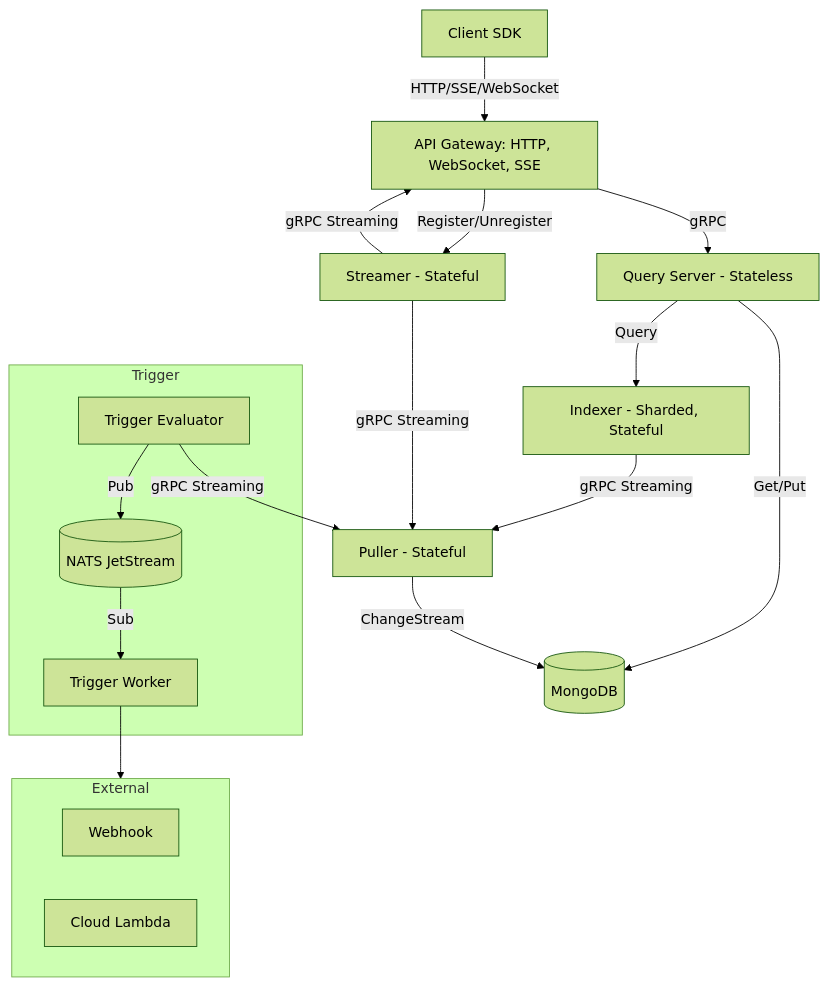
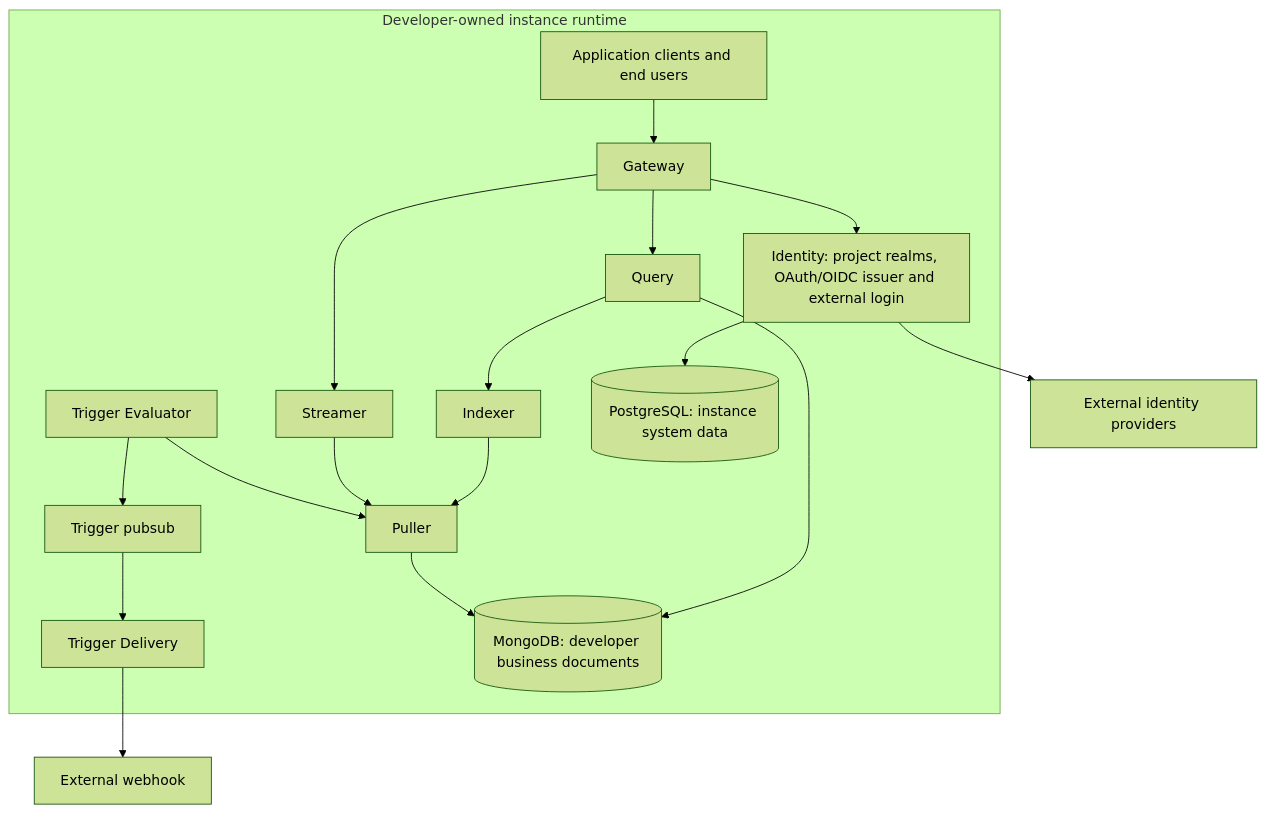
Before and after one commit to codetreker/syntrix: the diagram in docs/design/server/01.architecture.md, drawn with Mermaid (forest theme). The commit also changed other lines of this file and 53 other files, not shown here.

First line of the commit message:
docs: define platform architecture boundaries (#170)

````diff
--- a/docs/design/server/01.architecture.md
+++ b/docs/design/server/01.architecture.md
@@ -16,36 +31,33 @@
 ```mermaid
-graph TB
-    Client[Client SDK]
-    Gateway[API Gateway: HTTP, WebSocket, SSE]
-    QueryServer[Query Server - Stateless]
-    Indexer[Indexer - Sharded, Stateful]
-    Streamer[Streamer - Stateful]
-    Puller[Puller - Stateful]
-    MongoDB[(MongoDB)]
-
-    Client --> |HTTP/SSE/WebSocket| Gateway
-    Gateway --> |gRPC| QueryServer
-    QueryServer --> |Get/Put| MongoDB
-    QueryServer --> |Query| Indexer
-    Indexer --> |gRPC Streaming| Puller
-    Gateway --> |Register/Unregister| Streamer
-    Streamer --> |gRPC Streaming| Gateway
-    Streamer --> |gRPC Streaming| Puller
-    Puller --> |ChangeStream| MongoDB
-
-    TriggerEval --> |gRPC Streaming| Puller
-    TriggerEval --> |Pub| NATS
-    NATS --> |Sub| TriggerWorker
-    TriggerWorker --> External
-
-    subgraph Trigger
-        NATS[(NATS JetStream)]
-        TriggerEval[Trigger Evaluator]
-        TriggerWorker[Trigger Worker]
+flowchart TB
+    App[Application clients and end users]
+    ExternalIdP[External identity providers]
+    subgraph Instance[Developer-owned instance runtime]
+        Gateway[Gateway]
+        Identity[Identity: project realms, OAuth/OIDC issuer and external login]
+        Query[Query]
+        Indexer[Indexer]
+        Puller[Puller]
+        Streamer[Streamer]
+        Evaluator[Trigger Evaluator]
+        Delivery[Trigger Delivery]
+        Mongo[(MongoDB: developer business documents)]
+        Postgres[(PostgreSQL: instance system data)]
+        PubSub[Trigger pubsub]
+        App --> Gateway
+        Gateway --> Identity
+        Gateway --> Query
+        Gateway --> Streamer
+        Identity --> Postgres
+        Query --> Mongo
+        Query --> Indexer
+        Puller --> Mongo
+        Indexer --> Puller
+        Streamer --> Puller
+        Evaluator --> Puller
+        Evaluator --> PubSub
+        PubSub --> Delivery
     end
-
-    subgraph External
-        Webhook[Webhook]
-        Lambda[Cloud Lambda]
-    end
+    Identity --> ExternalIdP
+    Delivery --> Webhook[External webhook]
 ```
````
